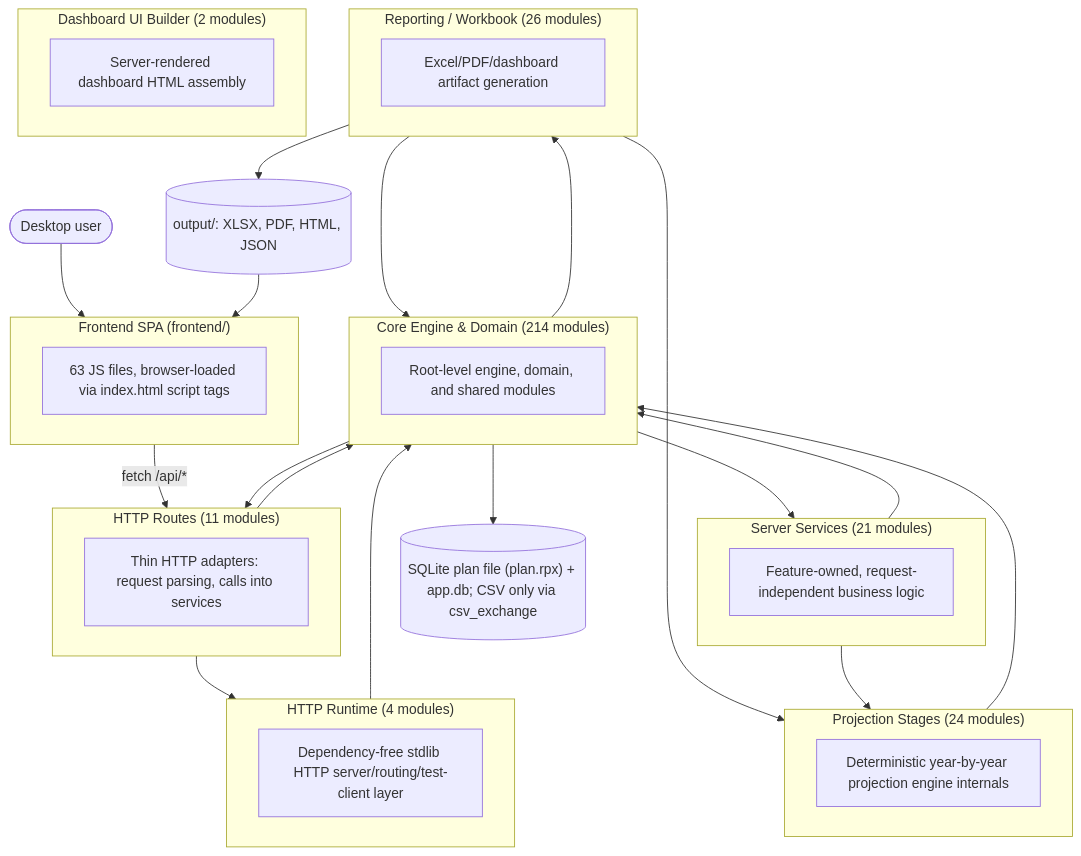
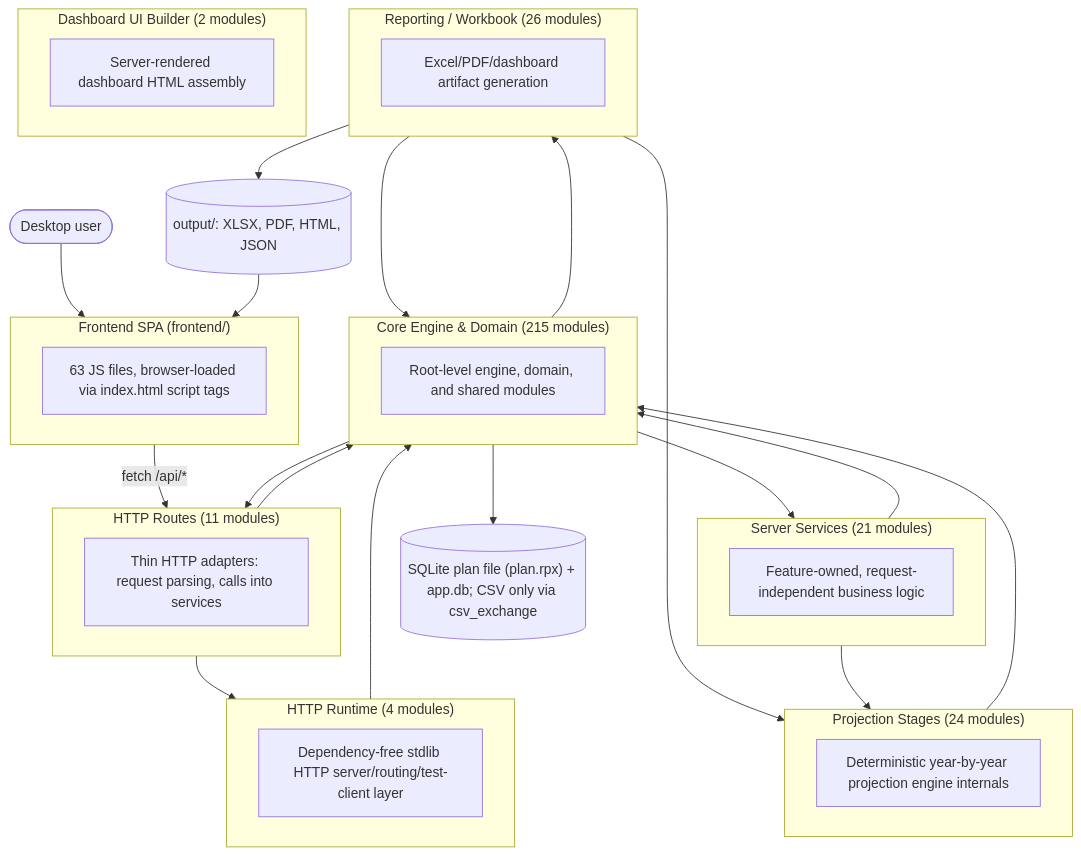
The first of 2 diagrams in documentation/reference/SYSTEM_ARCHITECTURE_DIAGRAM.md (matthartzman/retirement_system), drawn with Mermaid before and after one commit. The commit also changed other lines of this file and 4 other files, not shown here.

````diff
--- a/documentation/reference/SYSTEM_ARCHITECTURE_DIAGRAM.md
+++ b/documentation/reference/SYSTEM_ARCHITECTURE_DIAGRAM.md
@@ -11,43 +11,43 @@
 ```mermaid
 flowchart TB
     User(["Desktop user"]) --> FE
     subgraph FE["Frontend SPA (frontend/)"]
         FEcount["63 JS files, browser-loaded via index.html script tags"]
     end
     FE -->|fetch /api/*| L_HTTP_Routes
     subgraph L_HTTP_Routes["HTTP Routes (11 modules)"]
         L_HTTP_Routes_d["Thin HTTP adapters: request parsing, calls into services"]
     end
     subgraph L_Server_Services["Server Services (21 modules)"]
         L_Server_Services_d["Feature-owned, request-independent business logic"]
     end
     subgraph L_HTTP_Runtime["HTTP Runtime (4 modules)"]
         L_HTTP_Runtime_d["Dependency-free stdlib HTTP server/routing/test-client layer"]
     end
-    subgraph L_Core_Engine___Domain["Core Engine & Domain (214 modules)"]
+    subgraph L_Core_Engine___Domain["Core Engine & Domain (215 modules)"]
         L_Core_Engine___Domain_d["Root-level engine, domain, and shared modules"]
     end
     subgraph L_Projection_Stages["Projection Stages (24 modules)"]
         L_Projection_Stages_d["Deterministic year-by-year projection engine internals"]
     end
     subgraph L_Reporting___Workbook["Reporting / Workbook (26 modules)"]
         L_Reporting___Workbook_d["Excel/PDF/dashboard artifact generation"]
     end
     subgraph L_Dashboard_UI_Builder["Dashboard UI Builder (2 modules)"]
         L_Dashboard_UI_Builder_d["Server-rendered dashboard HTML assembly"]
     end
     L_Core_Engine___Domain --> L_HTTP_Routes
     L_Core_Engine___Domain --> L_Reporting___Workbook
     L_Core_Engine___Domain --> L_Server_Services
     L_HTTP_Routes --> L_Core_Engine___Domain
     L_HTTP_Routes --> L_HTTP_Runtime
     L_HTTP_Runtime --> L_Core_Engine___Domain
     L_Projection_Stages --> L_Core_Engine___Domain
     L_Reporting___Workbook --> L_Core_Engine___Domain
     L_Reporting___Workbook --> L_Projection_Stages
     L_Server_Services --> L_Core_Engine___Domain
     L_Server_Services --> L_Projection_Stages
     L_Core_Engine___Domain --> DB[("SQLite plan file (plan.rpx) + app.db; CSV only via csv_exchange")]
     L_Reporting___Workbook --> Outputs[("output/: XLSX, PDF, HTML, JSON")]
     Outputs --> FE
 ```
````
